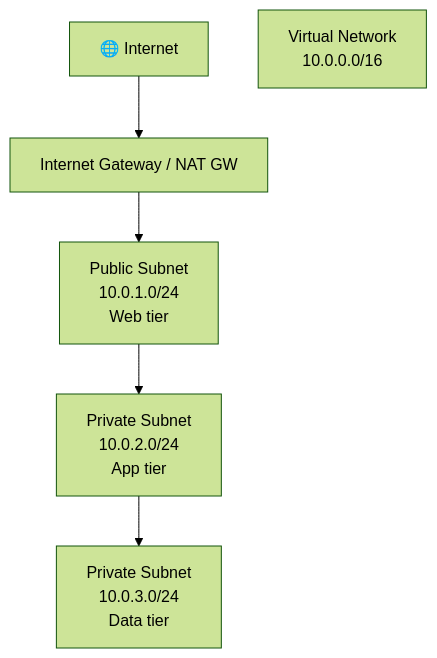
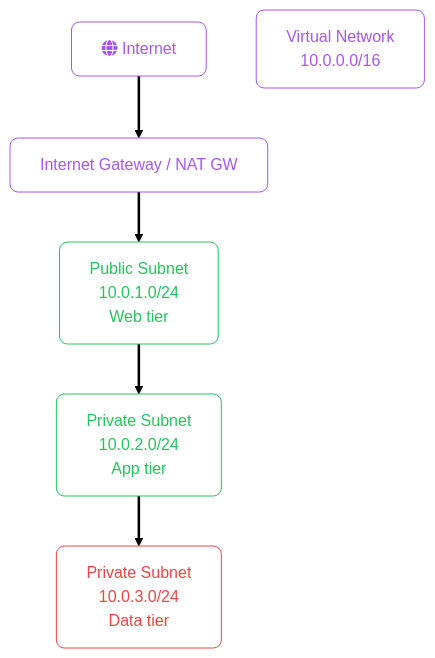
The first of 7 diagrams in src/content/cloud/common/networking-basics.mdx (zafarale/cloudification), drawn with Mermaid (forest theme) before and after one commit. The commit also changed other lines of this file and 84 other files, not shown here.

````diff
--- a/src/content/cloud/common/networking-basics.mdx
+++ b/src/content/cloud/common/networking-basics.mdx
@@ -34,14 +32,21 @@
 ```mermaid
 flowchart TD
-    INTERNET["🌐 Internet"]
-    IGW["Internet Gateway / NAT GW"]
-    VPC["Virtual Network\n10.0.0.0/16"]
-    PUB["Public Subnet\n10.0.1.0/24\nWeb tier"]
-    APP["Private Subnet\n10.0.2.0/24\nApp tier"]
-    DB["Private Subnet\n10.0.3.0/24\nData tier"]
+    accTitle: The Virtual Network: Your Private Space in the Cloud
+    accDescr: Flowchart (td) showing Internet, Internet Gateway / NAT GW, Virtual Network 10.0.0.0/16
+    classDef step fill:none,stroke:#a855f7,color:#a855f7,rx:8,ry:8
+    classDef ok   fill:none,stroke:#22c55e,color:#22c55e,rx:8,ry:8
+    classDef fail fill:none,stroke:#ef4444,color:#ef4444,rx:8,ry:8
+    linkStyle default stroke-width:2.5px
+
+    INTERNET["fa:fa-globe Internet"]:::step
+    IGW["Internet Gateway / NAT GW"]:::step
+    VPC["Virtual Network<br/>10.0.0.0/16"]:::step
+    PUB["Public Subnet<br/>10.0.1.0/24<br/>Web tier"]:::ok
+    APP["Private Subnet<br/>10.0.2.0/24<br/>App tier"]:::ok
+    DB["Private Subnet<br/>10.0.3.0/24<br/>Data tier"]:::fail
 
     INTERNET --> IGW
     IGW --> PUB
     PUB --> APP
     APP --> DB
 ```
````
